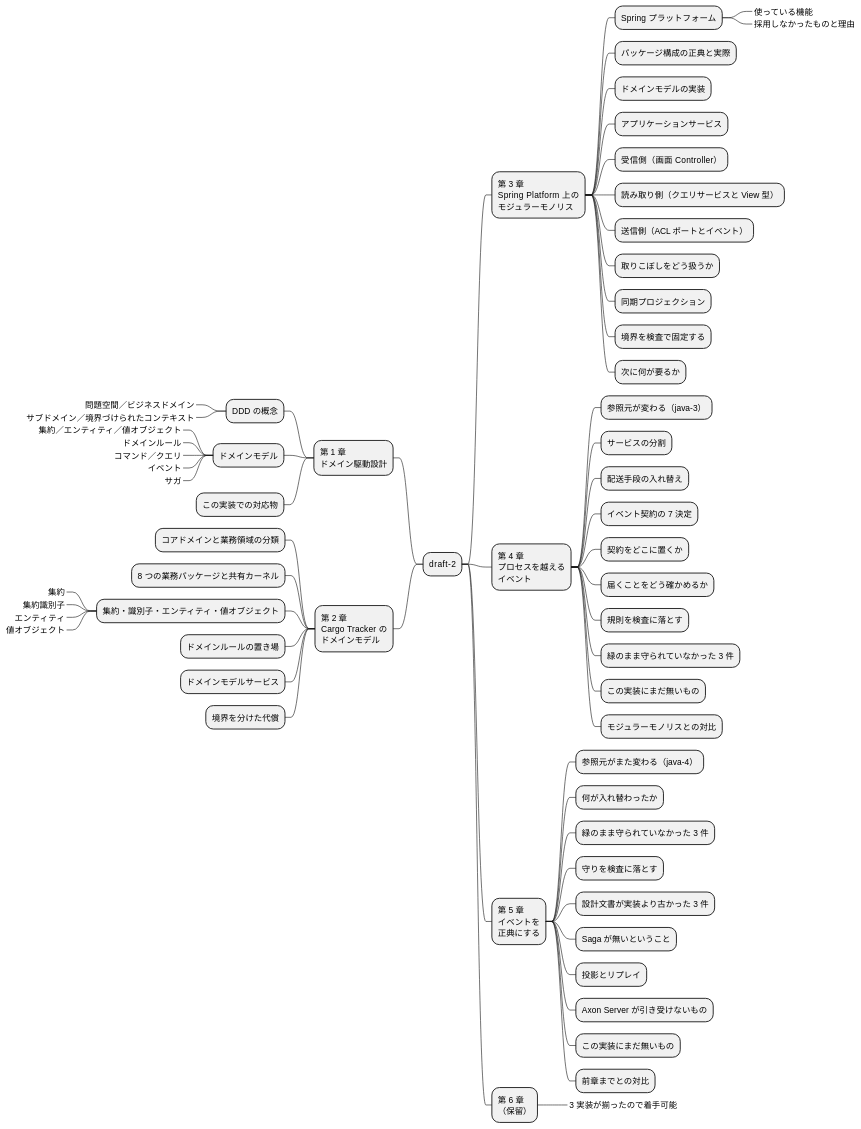
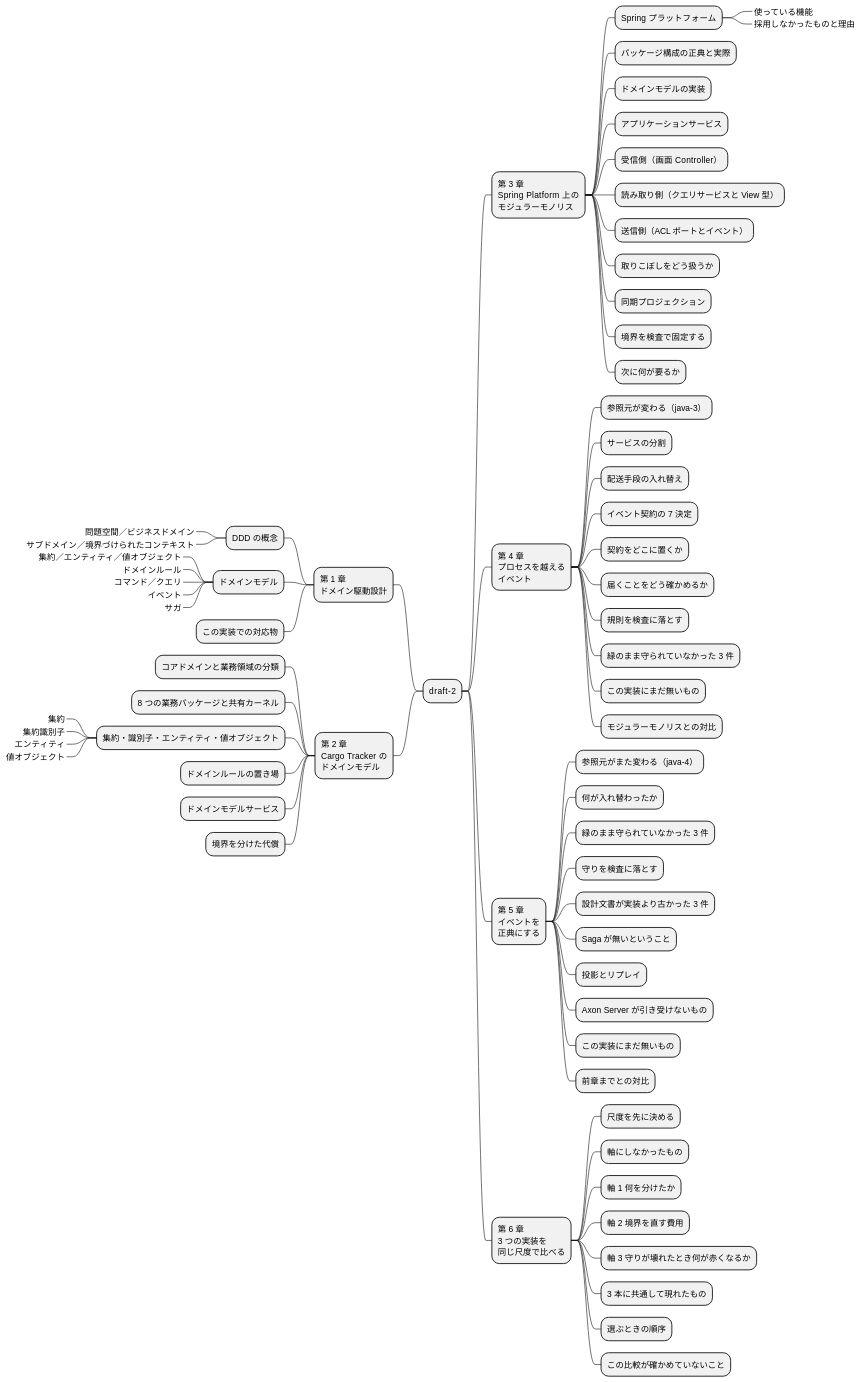
Before and after one commit to k2works/case-study-cargo-tracker: the diagram in docs/article/practical-ddd-in-enterprise-java/draft-2/outline.md, drawn with PlantUML. The commit also changed other lines of this file and 1 other file, not shown here.

````diff
--- a/docs/article/practical-ddd-in-enterprise-java/draft-2/outline.md
+++ b/docs/article/practical-ddd-in-enterprise-java/draft-2/outline.md
@@ -112,69 +112,76 @@
 ```plantuml
 @startmindmap
 
 * draft-2
 left side
 ** 第 1 章\nドメイン駆動設計
 *** DDD の概念
 ****_ 問題空間／ビジネスドメイン
 ****_ サブドメイン／境界づけられたコンテキスト
 *** ドメインモデル
 ****_ 集約／エンティティ／値オブジェクト
 ****_ ドメインルール
 ****_ コマンド／クエリ
 ****_ イベント
 ****_ サガ
 *** この実装での対応物
 ** 第 2 章\nCargo Tracker の\nドメインモデル
 *** コアドメインと業務領域の分類
 *** 8 つの業務パッケージと共有カーネル
 *** 集約・識別子・エンティティ・値オブジェクト
 ****_ 集約
 ****_ 集約識別子
 ****_ エンティティ
 ****_ 値オブジェクト
 *** ドメインルールの置き場
 *** ドメインモデルサービス
 *** 境界を分けた代償
 right side
 ** 第 3 章\nSpring Platform 上の\nモジュラーモノリス
 *** Spring プラットフォーム
 ****_ 使っている機能
 ****_ 採用しなかったものと理由
 *** パッケージ構成の正典と実際
 *** ドメインモデルの実装
 *** アプリケーションサービス
 *** 受信側（画面 Controller）
 *** 読み取り側（クエリサービスと View 型）
 *** 送信側（ACL ポートとイベント）
 *** 取りこぼしをどう扱うか
 *** 同期プロジェクション
 *** 境界を検査で固定する
 *** 次に何が要るか
 ** 第 4 章\nプロセスを越える\nイベント
 *** 参照元が変わる（java-3）
 *** サービスの分割
 *** 配送手段の入れ替え
 *** イベント契約の 7 決定
 *** 契約をどこに置くか
 *** 届くことをどう確かめるか
 *** 規則を検査に落とす
 *** 緑のまま守られていなかった 3 件
 *** この実装にまだ無いもの
 *** モジュラーモノリスとの対比
 ** 第 5 章\nイベントを\n正典にする
 *** 参照元がまた変わる（java-4）
 *** 何が入れ替わったか
 *** 緑のまま守られていなかった 3 件
 *** 守りを検査に落とす
 *** 設計文書が実装より古かった 3 件
 *** Saga が無いということ
 *** 投影とリプレイ
 *** Axon Server が引き受けないもの
 *** この実装にまだ無いもの
 *** 前章までとの対比
-** 第 6 章\n（保留）
-***_ 3 実装が揃ったので着手可能
+** 第 6 章\n3 つの実装を\n同じ尺度で比べる
+*** 尺度を先に決める
+*** 軸にしなかったもの
+*** 軸 1 何を分けたか
+*** 軸 2 境界を直す費用
+*** 軸 3 守りが壊れたとき何が赤くなるか
+*** 3 本に共通して現れたもの
+*** 選ぶときの順序
+*** この比較が確かめていないこと
 
 @endmindmap
 ```
````
